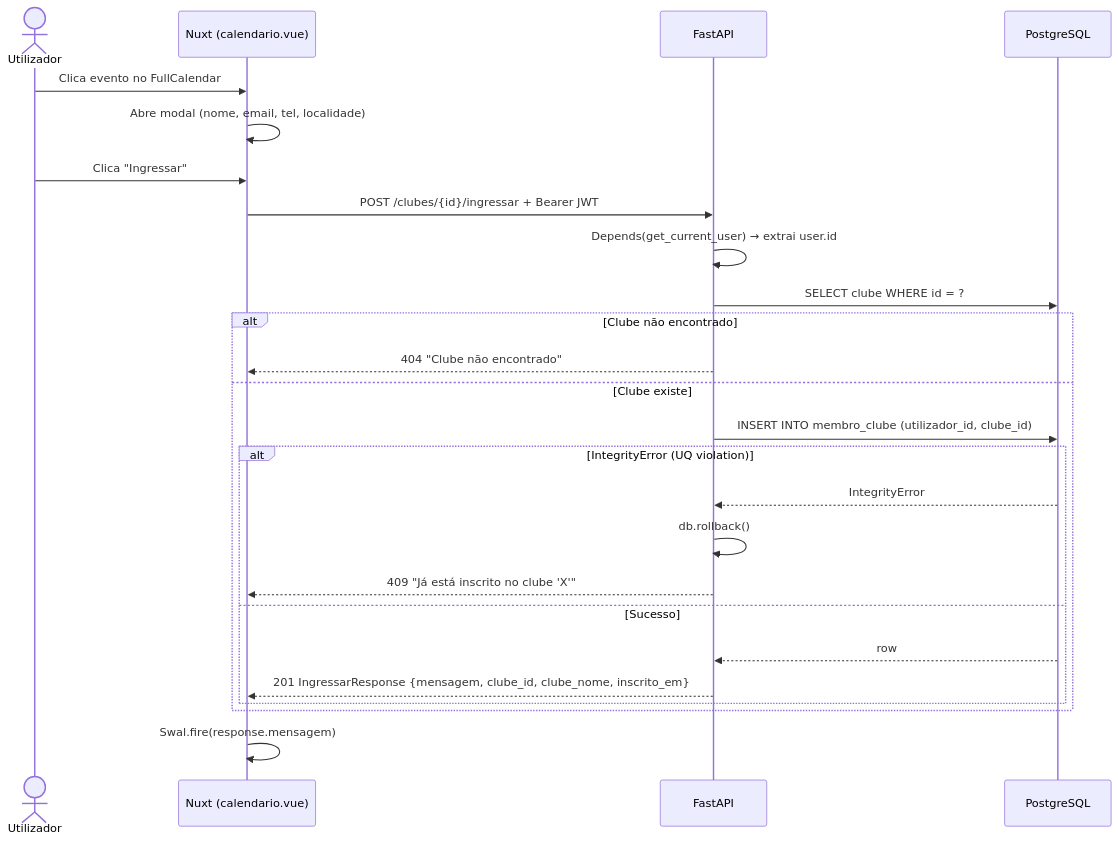
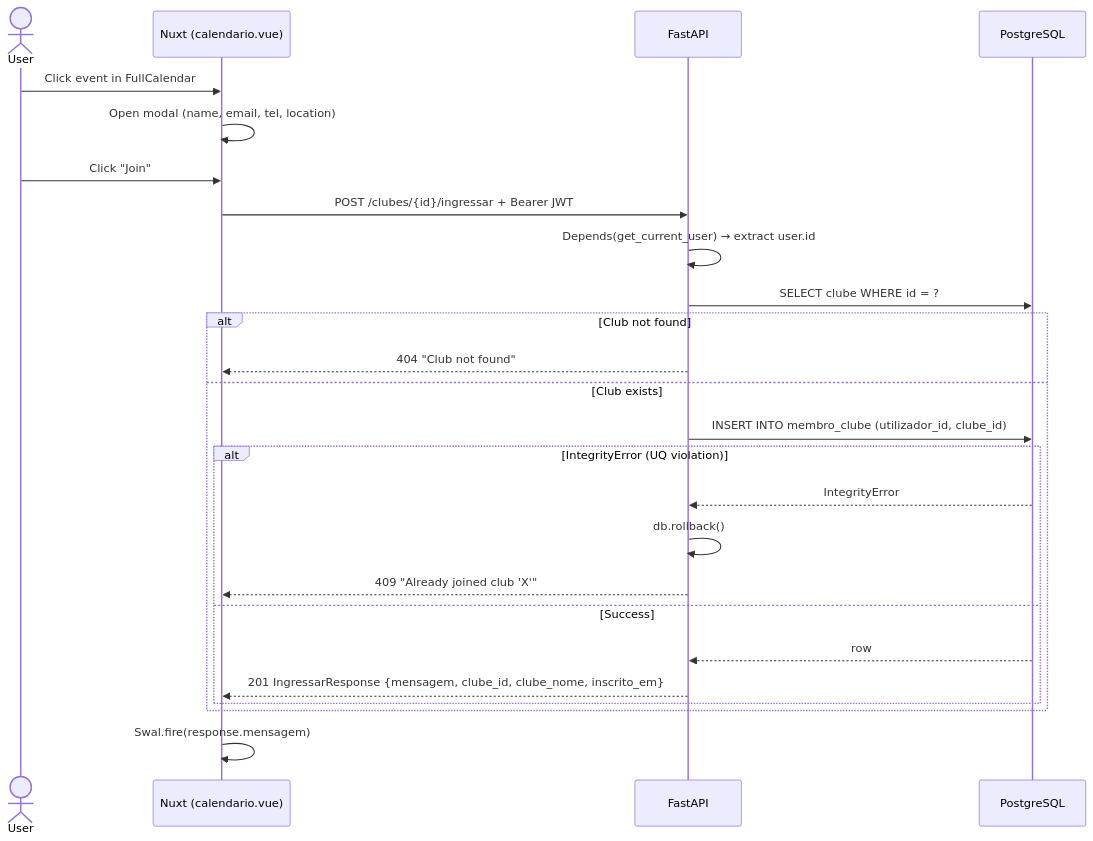
The ninth of 11 diagrams in README.md (Wand-DenaXy/-Manueli-s-Clubes), drawn with Mermaid before and after one commit. The commit also changed other lines of this file and 1 other file, not shown here.

````diff
--- a/README.md
+++ b/README.md
@@ -619,32 +619,32 @@
 ```mermaid
 sequenceDiagram
-    actor U as Utilizador
+    actor U as User
     participant C as Nuxt (calendario.vue)
     participant API as FastAPI
     participant DB as PostgreSQL
 
-    U->>C: Clica evento no FullCalendar
-    C->>C: Abre modal (nome, email, tel, localidade)
-    U->>C: Clica "Ingressar"
+    U->>C: Click event in FullCalendar
+    C->>C: Open modal (name, email, tel, location)
+    U->>C: Click "Join"
     C->>API: POST /clubes/{id}/ingressar + Bearer JWT
 
-    API->>API: Depends(get_current_user) → extrai user.id
+    API->>API: Depends(get_current_user) → extract user.id
     API->>DB: SELECT clube WHERE id = ?
     
-    alt Clube não encontrado
-        API-->>C: 404 "Clube não encontrado"
-    else Clube existe
+    alt Club not found
+        API-->>C: 404 "Club not found"
+    else Club exists
         API->>DB: INSERT INTO membro_clube (utilizador_id, clube_id)
         
         alt IntegrityError (UQ violation)
             DB-->>API: IntegrityError
             API->>API: db.rollback()
-            API-->>C: 409 "Já está inscrito no clube 'X'"
-        else Sucesso
+            API-->>C: 409 "Already joined club 'X'"
+        else Success
             DB-->>API: row
             API-->>C: 201 IngressarResponse {mensagem, clube_id, clube_nome, inscrito_em}
         end
     end
 
     C->>C: Swal.fire(response.mensagem)
 ```
````
